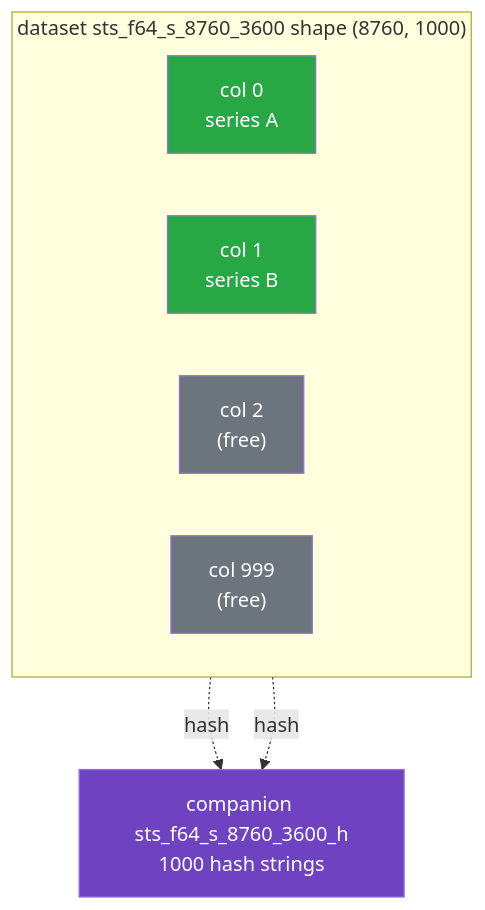
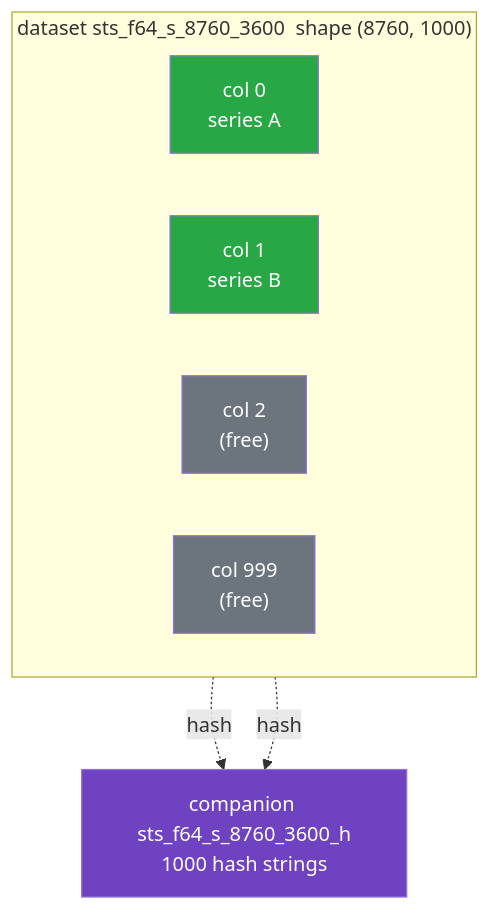
One commit to NatLabRockies/infrastore changed the first of 2 diagrams in docs/src/explanation/storage-model.md. Above: the diagram before and after it, drawn with Mermaid. The commit also changed other lines of this file and 20 other files, not shown here.

````diff
--- a/docs/src/explanation/storage-model.md
+++ b/docs/src/explanation/storage-model.md
@@ -37,19 +42,19 @@
 ```mermaid
 flowchart TB
-    subgraph ds["dataset sts_f64_s_8760_3600  shape (8760, 1000)"]
+    subgraph ds["dataset&nbsp;sts_f64_s_8760_3600&nbsp;&nbsp;shape&nbsp;(8760,&nbsp;1000)"]
         direction LR
         C0["col 0<br/>series A"]
         C1["col 1<br/>series B"]
         C2["col 2<br/>(free)"]
         CN["col 999<br/>(free)"]
     end
     H["companion sts_f64_s_8760_3600_h<br/>1000 hash strings"]
     C0 -.hash.-> H
     C1 -.hash.-> H
 
     style C0 fill:#28a745,color:#fff
     style C1 fill:#28a745,color:#fff
     style C2 fill:#6c757d,color:#fff
     style CN fill:#6c757d,color:#fff
     style H fill:#6f42c1,color:#fff
 ```
````
